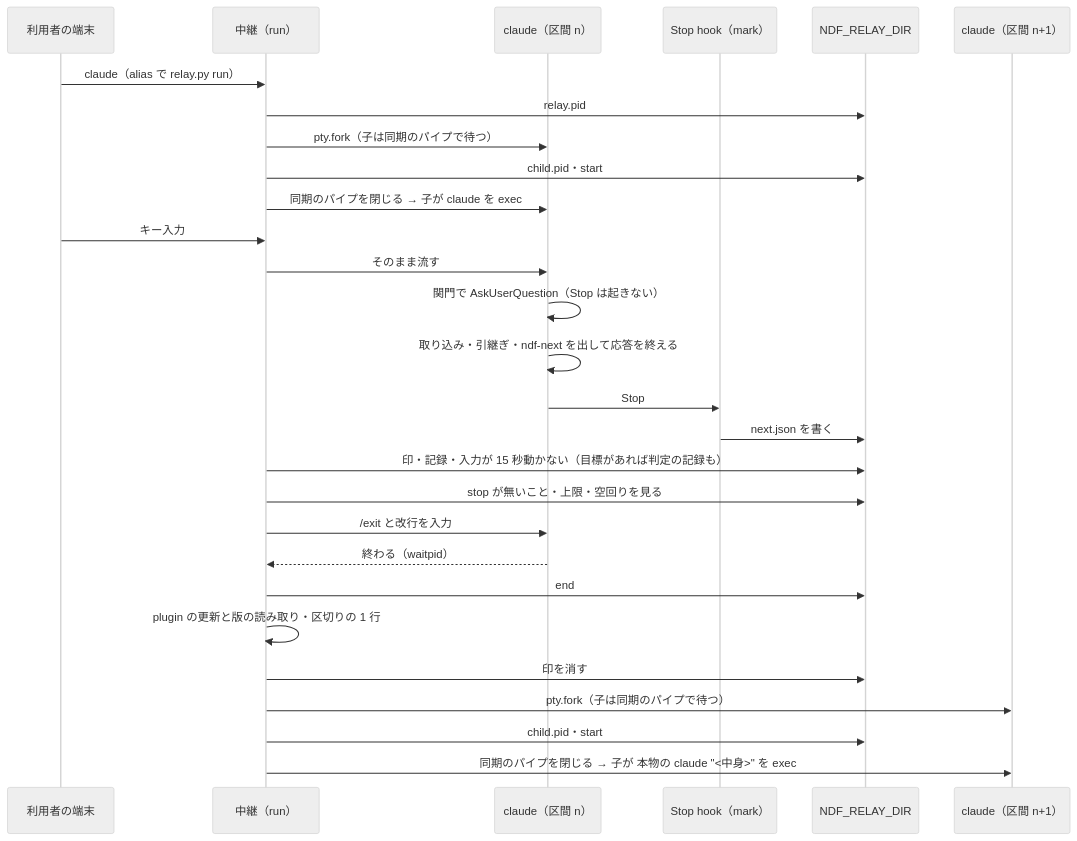
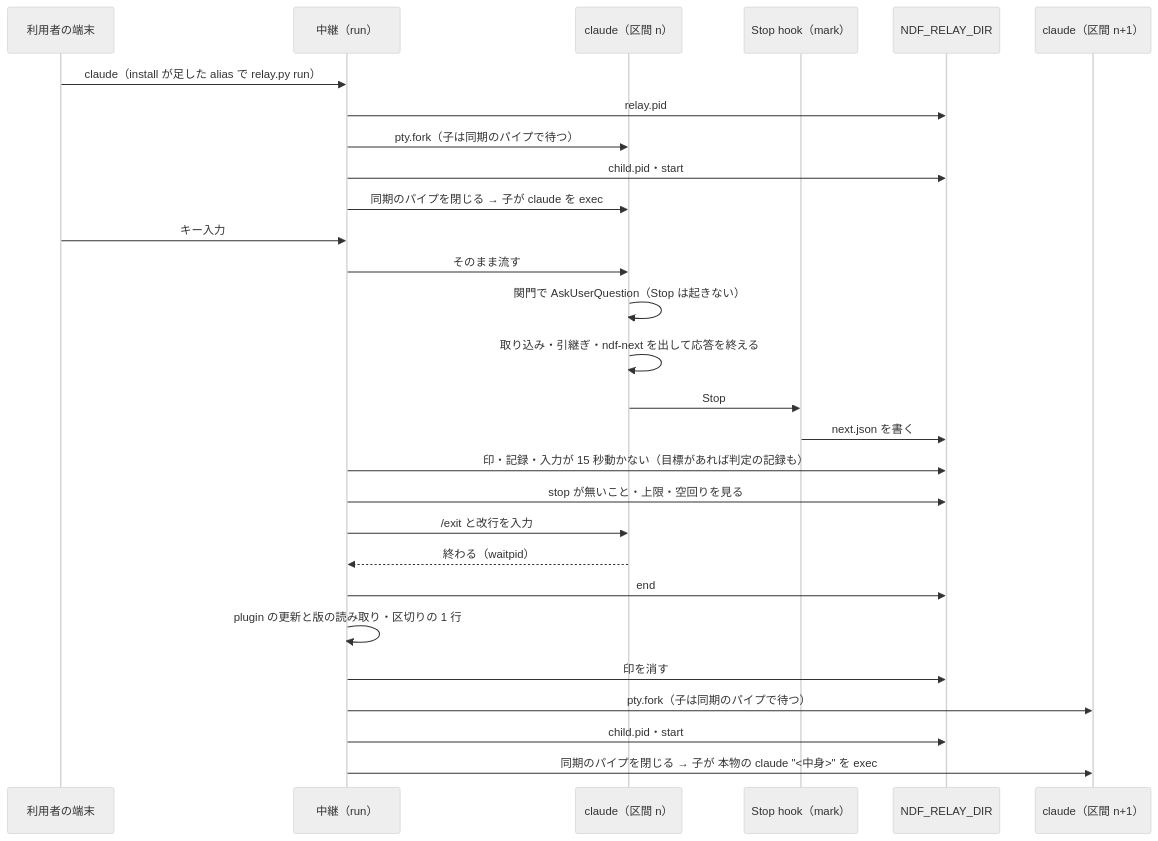
One commit to devbasex/ai-plugins changed the second of 3 diagrams in issues/issue-895-design.md. Above: the diagram before and after it, drawn with Mermaid (neutral theme). The commit also changed other lines of this file and 2 other files, not shown here.

First line of the commit message:
Docs: #895 中継の配置と alias の追記を SessionStart hook で自動にする

````diff
--- a/issues/issue-895-design.md
+++ b/issues/issue-895-design.md
@@ -266,30 +290,30 @@
 ```mermaid
 sequenceDiagram
     participant U as 利用者の端末
     participant R as 中継（run）
     participant C as claude（区間 n）
     participant H as Stop hook（mark）
     participant F as NDF_RELAY_DIR
     participant C2 as claude（区間 n+1）
-    U->>R: claude（alias で relay.py run）
+    U->>R: claude（install が足した alias で relay.py run）
     R->>F: relay.pid
     R->>C: pty.fork（子は同期のパイプで待つ）
     R->>F: child.pid・start
     R->>C: 同期のパイプを閉じる → 子が claude を exec
     U->>R: キー入力
     R->>C: そのまま流す
     C->>C: 関門で AskUserQuestion（Stop は起きない）
     C->>C: 取り込み・引継ぎ・ndf-next を出して応答を終える
     C->>H: Stop
     H->>F: next.json を書く
     R->>F: 印・記録・入力が 15 秒動かない（目標があれば判定の記録も）
     R->>F: stop が無いこと・上限・空回りを見る
     R->>C: /exit と改行を入力
     C-->>R: 終わる（waitpid）
     R->>F: end
     R->>R: plugin の更新と版の読み取り・区切りの 1 行
     R->>F: 印を消す
     R->>C2: pty.fork（子は同期のパイプで待つ）
     R->>F: child.pid・start
     R->>C2: 同期のパイプを閉じる → 子が 本物の claude "<中身>" を exec
 ```
````
